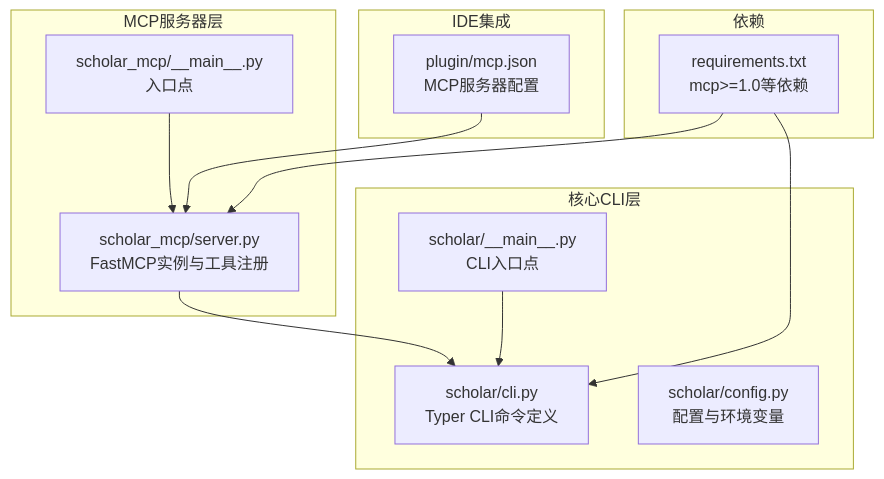
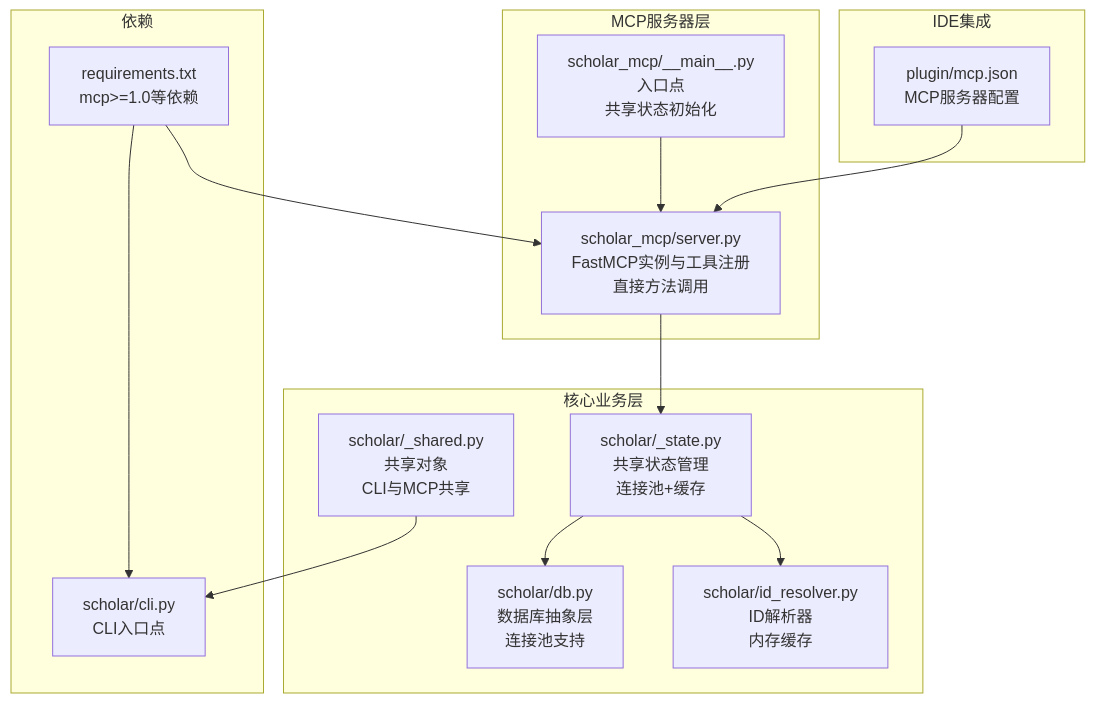
One commit to 1173591564/academic-based-qoder changed the first of 7 diagrams in .qoder/repowiki/zh/content/MCP服务系统/MCP服务器架构.md. Above: the diagram before and after it, drawn with Mermaid. The commit also changed other lines of this file and 80 other files, not shown here.

````diff
--- a/.qoder/repowiki/zh/content/MCP服务系统/MCP服务器架构.md
+++ b/.qoder/repowiki/zh/content/MCP服务系统/MCP服务器架构.md
@@ -38,24 +51,28 @@
 ```mermaid
 graph TB
 subgraph "MCP服务器层"
-A["scholar_mcp/server.py<br/>FastMCP实例与工具注册"]
-B["scholar_mcp/__main__.py<br/>入口点"]
+A["scholar_mcp/server.py<br/>FastMCP实例与工具注册<br/>直接方法调用"]
+B["scholar_mcp/__main__.py<br/>入口点<br/>共享状态初始化"]
 end
-subgraph "核心CLI层"
-C["scholar/cli.py<br/>Typer CLI命令定义"]
-D["scholar/__main__.py<br/>CLI入口点"]
-E["scholar/config.py<br/>配置与环境变量"]
+subgraph "核心业务层"
+C["scholar/_state.py<br/>共享状态管理<br/>连接池+缓存"]
+D["scholar/db.py<br/>数据库抽象层<br/>连接池支持"]
+E["scholar/id_resolver.py<br/>ID解析器<br/>内存缓存"]
+F["scholar/_shared.py<br/>共享对象<br/>CLI与MCP共享"]
 end
 subgraph "IDE集成"
-F["plugin/mcp.json<br/>MCP服务器配置"]
+G["plugin/mcp.json<br/>MCP服务器配置"]
 end
 subgraph "依赖"
-G["requirements.txt<br/>mcp>=1.0等依赖"]
+H["requirements.txt<br/>mcp>=1.0等依赖"]
+I["scholar/cli.py<br/>CLI入口点"]
 end
 A --> C
 B --> A
-D --> C
-F --> A
+C --> D
+C --> E
+F --> I
 G --> A
-G --> C
+H --> A
+H --> I
 ```
````
